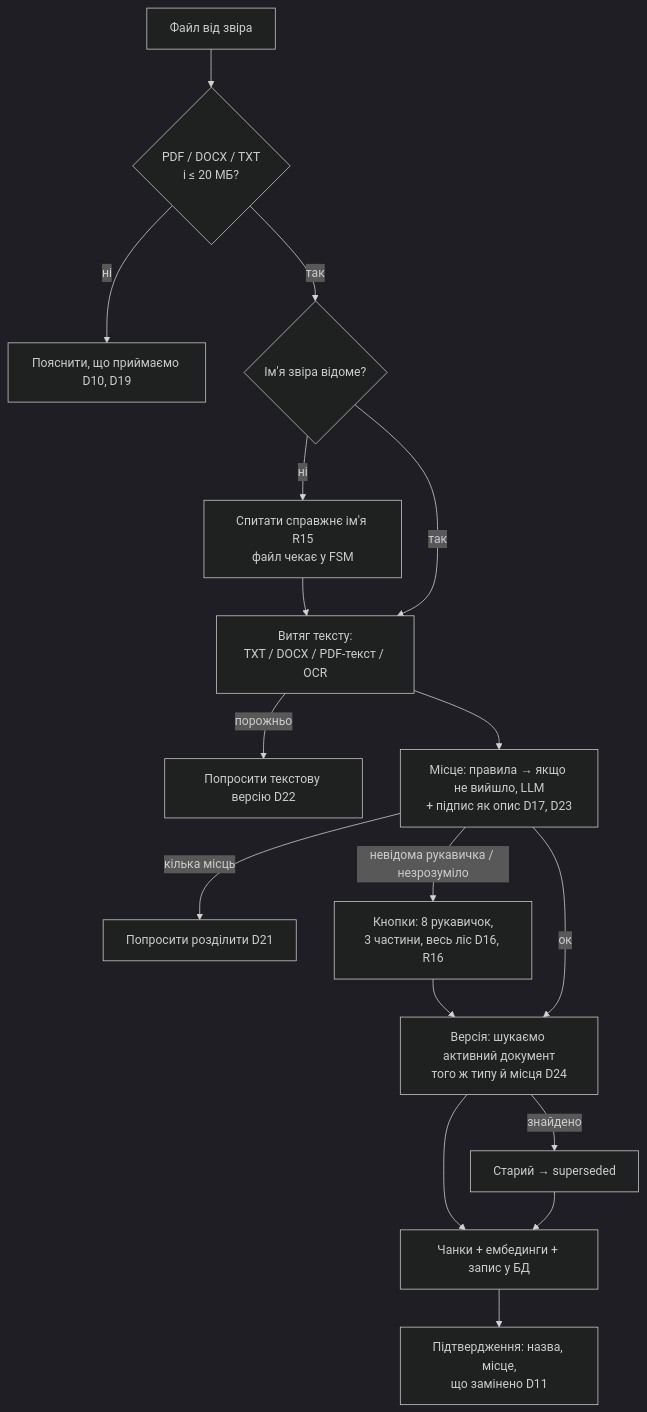
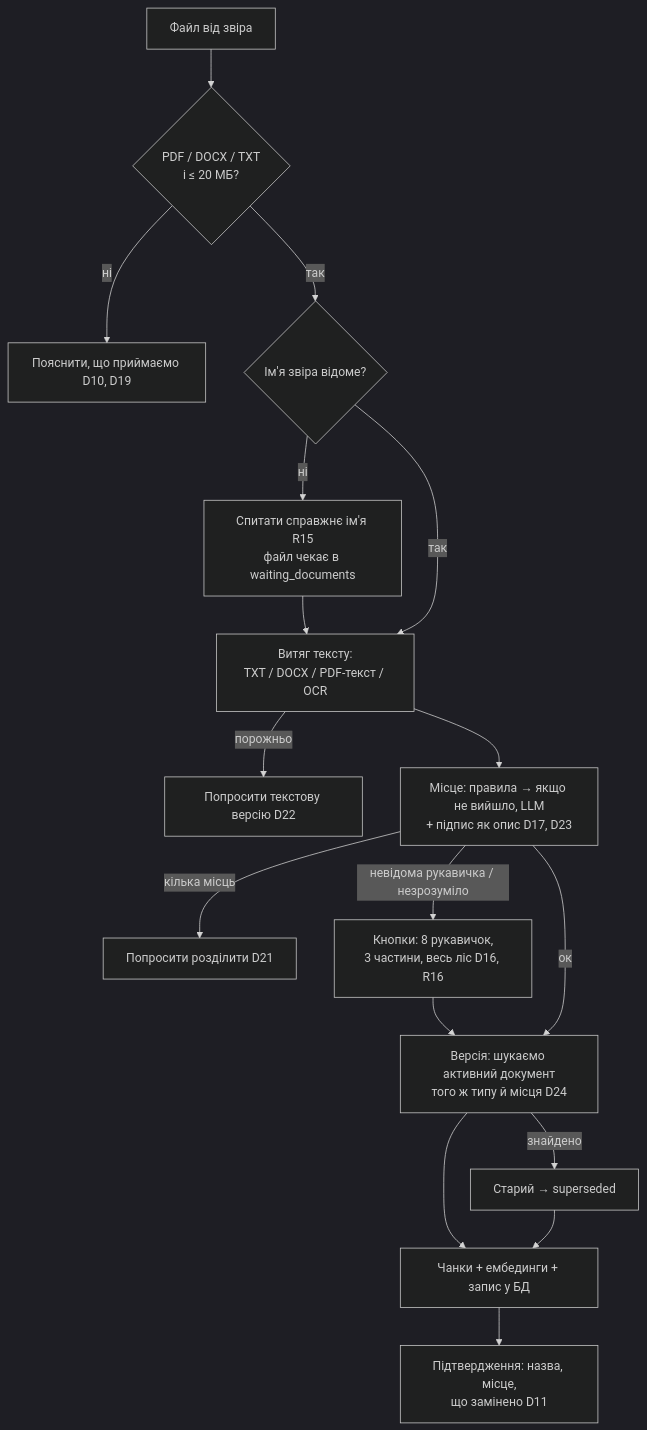
One commit to blackw1ndow/broscorp_test changed the third of 3 diagrams in docs/architecture.md. Above: the diagram before and after it, drawn with Mermaid (dark theme). The commit also changed other lines of this file and 12 other files, not shown here.

````diff
--- a/docs/architecture.md
+++ b/docs/architecture.md
@@ -59,17 +59,17 @@
 ```mermaid
 flowchart TD
     F[Файл від звіра] --> V{PDF / DOCX / TXT<br/>і ≤ 20 МБ?}
     V -->|ні| REJ[Пояснити, що приймаємо D10, D19]
     V -->|так| N{Ім'я звіра відоме?}
-    N -->|ні| NAME[Спитати справжнє ім'я R15<br/>файл чекає у FSM] --> X
+    N -->|ні| NAME[Спитати справжнє ім'я R15<br/>файл чекає в waiting_documents] --> X
     N -->|так| X[Витяг тексту:<br/>TXT / DOCX / PDF-текст / OCR]
     X -->|порожньо| OCRF[Попросити текстову версію D22]
     X --> P[Місце: правила → якщо не вийшло, LLM<br/>+ підпис як опис D17, D23]
     P -->|кілька місць| SPLIT[Попросити розділити D21]
     P -->|невідома рукавичка / незрозуміло| CH[Кнопки: 8 рукавичок,<br/>3 частини, весь ліс D16, R16] --> VER
     P -->|ок| VER[Версія: шукаємо активний документ<br/>того ж типу й місця D24]
     VER -->|знайдено| SUP[Старий → superseded]
     VER --> SAVE[Чанки + ембединги + запис у БД]
     SUP --> SAVE
     SAVE --> OK[Підтвердження: назва, місце,<br/>що замінено D11]
 ```
````
